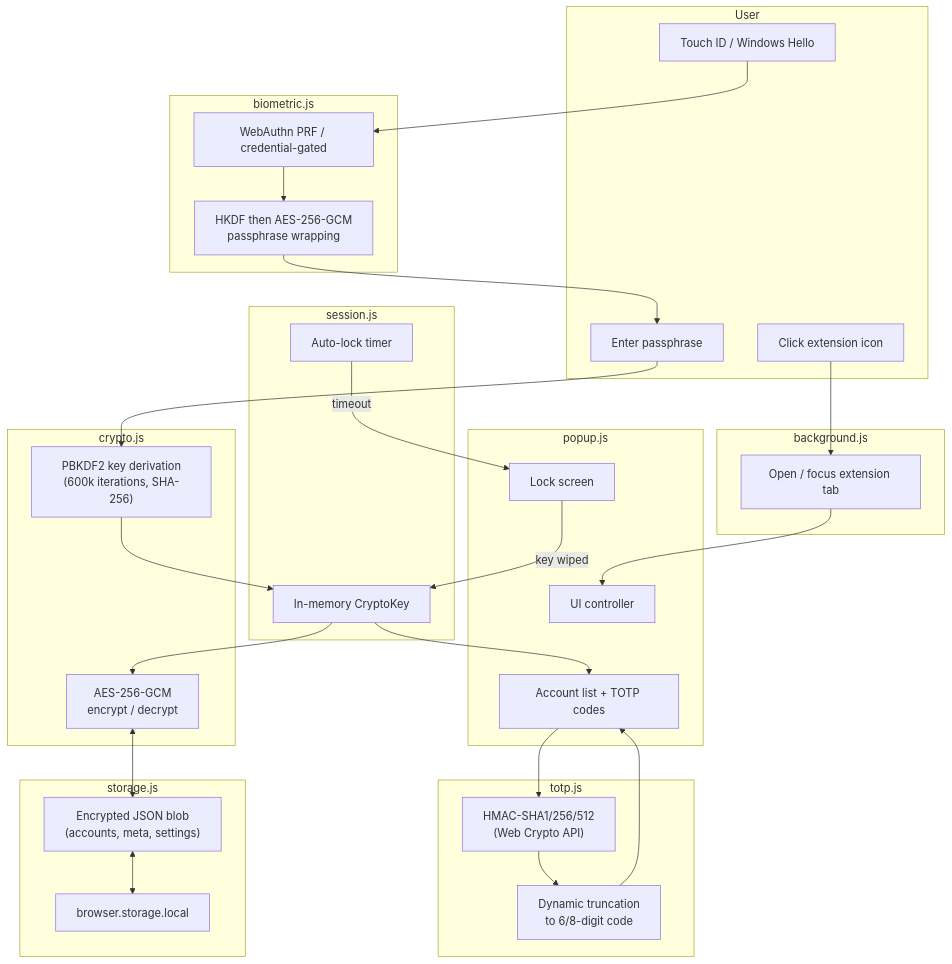
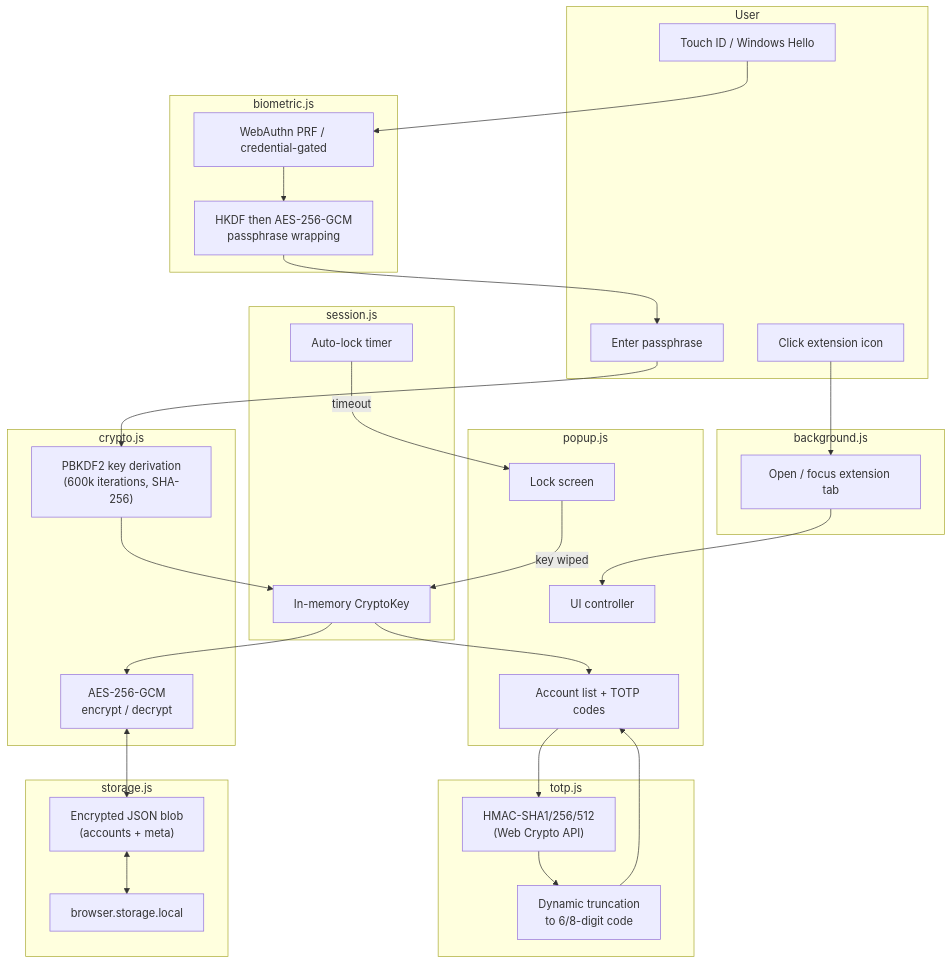
Before and after one commit to ulyngs/redd-phone-free-2fa: the diagram in README.md, drawn with Mermaid. The commit also changed other lines of this file, not shown here.

````diff
--- a/README.md
+++ b/README.md
@@ -47,63 +47,63 @@
 ```mermaid
 flowchart TB
     subgraph User
         click_icon["Click extension icon"]
         passphrase["Enter passphrase"]
         touchid["Touch ID / Windows Hello"]
     end
 
     subgraph "background.js"
         tab["Open / focus extension tab"]
     end
 
     subgraph "popup.js"
         ui["UI controller"]
         lock_screen["Lock screen"]
         main_screen["Account list + TOTP codes"]
     end
 
     subgraph "crypto.js"
         pbkdf2["PBKDF2 key derivation
 (600k iterations, SHA-256)"]
         aesgcm["AES-256-GCM
 encrypt / decrypt"]
     end
 
     subgraph "session.js"
         memkey["In-memory CryptoKey"]
         autolock["Auto-lock timer"]
     end
 
     subgraph "biometric.js"
         webauthn["WebAuthn PRF / credential-gated"]
         hkdf["HKDF then AES-256-GCM
 passphrase wrapping"]
     end
 
     subgraph "totp.js"
         hmac["HMAC-SHA1/256/512
 (Web Crypto API)"]
         truncate["Dynamic truncation
 to 6/8-digit code"]
     end
 
     subgraph "storage.js"
         store["browser.storage.local"]
         blob["Encrypted JSON blob
-(accounts, meta, settings)"]
+(accounts + meta)"]
     end
 
     click_icon --> tab --> ui
     passphrase --> pbkdf2 --> memkey
     touchid --> webauthn --> hkdf --> passphrase
 
     memkey --> aesgcm
     aesgcm <--> blob
     blob <--> store
 
     memkey --> main_screen
     main_screen --> hmac --> truncate --> main_screen
 
     autolock -- "timeout" --> lock_screen
     lock_screen -- "key wiped" --> memkey
 ```
````
